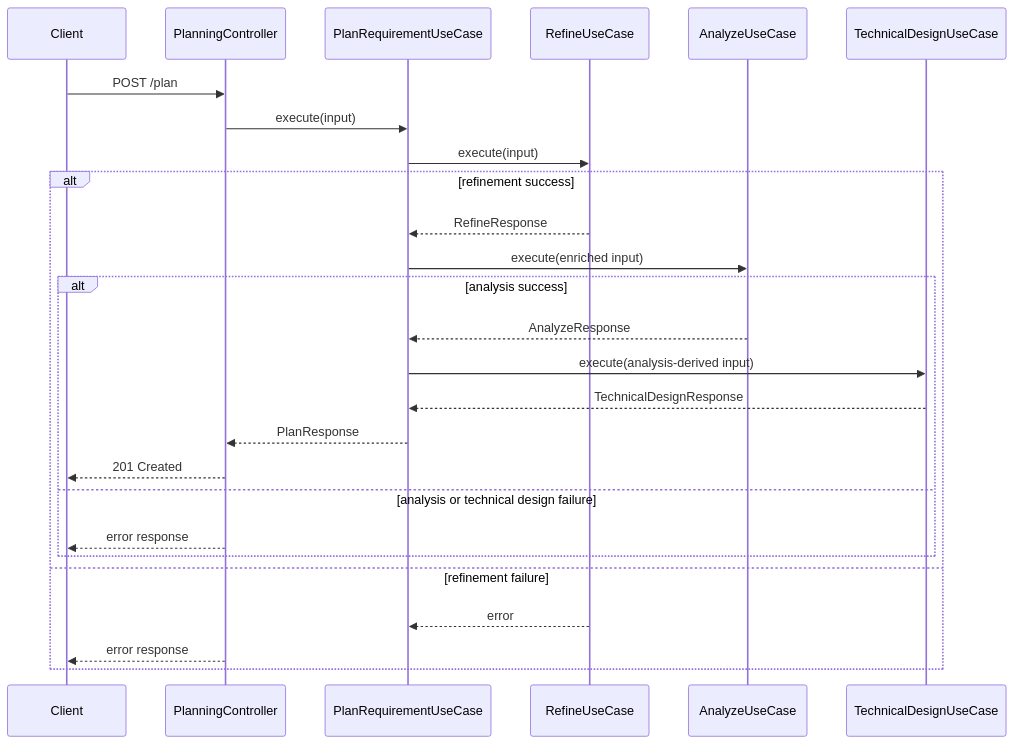
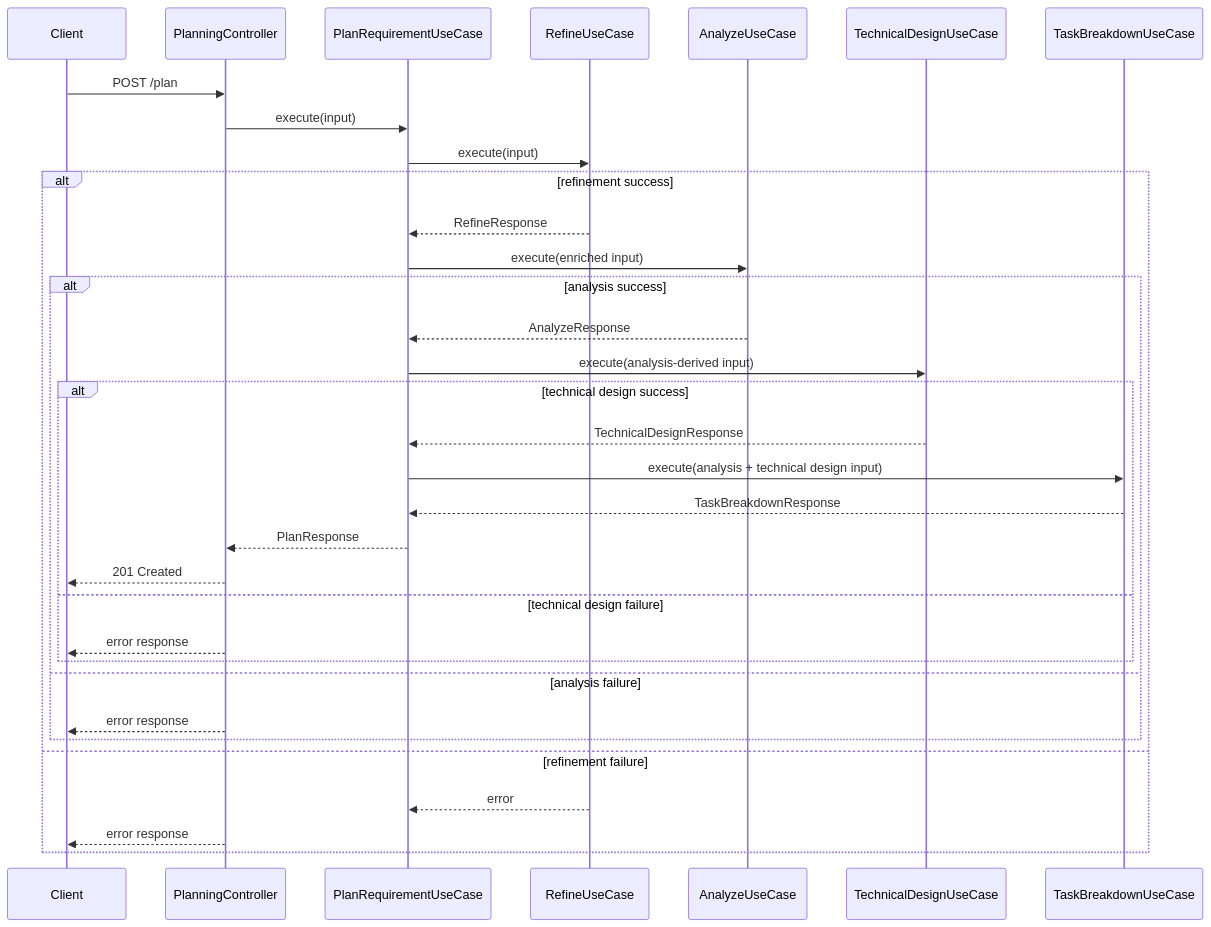
One commit to gustavoarielms/ai-orchestrator changed the diagram in docs/diagrams/planning-sequence.md. Above: the diagram before and after it, drawn with Mermaid. The commit also changed 7 other files, not shown here.

First line of the commit message:
feat(planning): add deterministic plan summary to planning response

````diff
--- a/docs/diagrams/planning-sequence.md
+++ b/docs/diagrams/planning-sequence.md
@@ -3,32 +3,39 @@
 ```mermaid
 sequenceDiagram
     participant Client
     participant Controller as PlanningController
     participant UseCase as PlanRequirementUseCase
     participant Refine as RefineUseCase
     participant Analyze as AnalyzeUseCase
     participant Design as TechnicalDesignUseCase
+    participant Breakdown as TaskBreakdownUseCase
 
     Client->>Controller: POST /plan
     Controller->>UseCase: execute(input)
 
     UseCase->>Refine: execute(input)
 
     alt refinement success
         Refine-->>UseCase: RefineResponse
         UseCase->>Analyze: execute(enriched input)
 
         alt analysis success
             Analyze-->>UseCase: AnalyzeResponse
             UseCase->>Design: execute(analysis-derived input)
-            Design-->>UseCase: TechnicalDesignResponse
-            UseCase-->>Controller: PlanResponse
-            Controller-->>Client: 201 Created
-        else analysis or technical design failure
+            alt technical design success
+                Design-->>UseCase: TechnicalDesignResponse
+                UseCase->>Breakdown: execute(analysis + technical design input)
+                Breakdown-->>UseCase: TaskBreakdownResponse
+                UseCase-->>Controller: PlanResponse
+                Controller-->>Client: 201 Created
+            else technical design failure
+                Controller-->>Client: error response
+            end
+        else analysis failure
             Controller-->>Client: error response
         end
     else refinement failure
         Refine-->>UseCase: error
         Controller-->>Client: error response
     end
 ```
````
